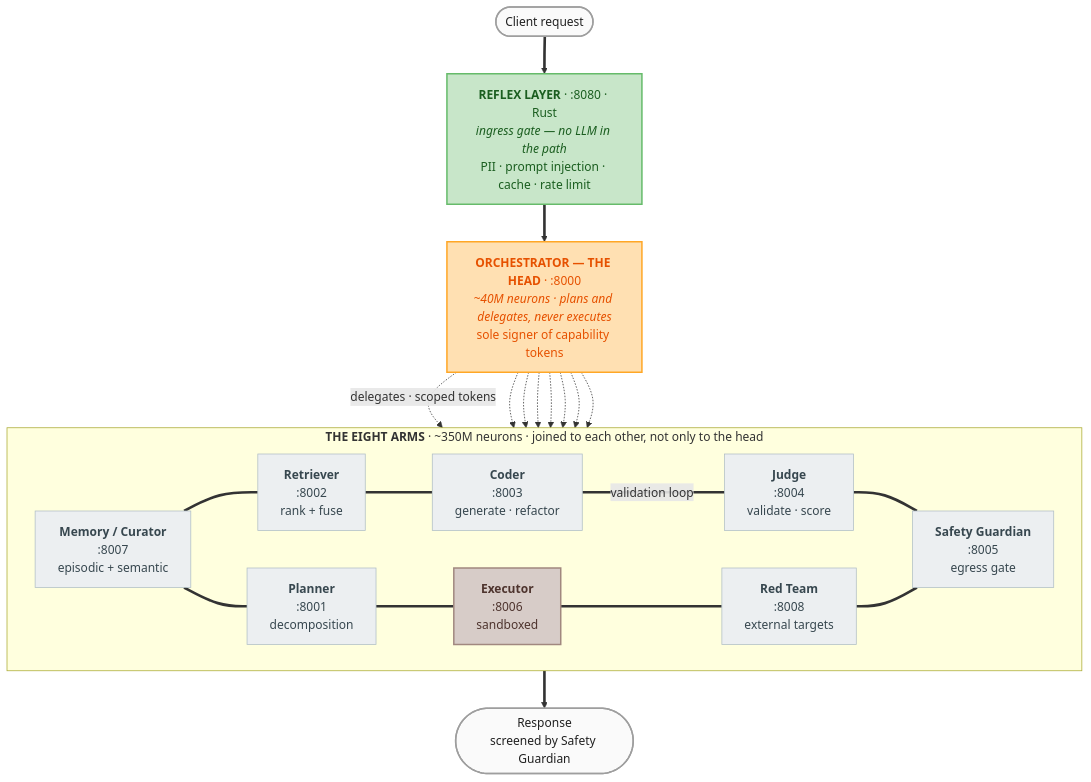
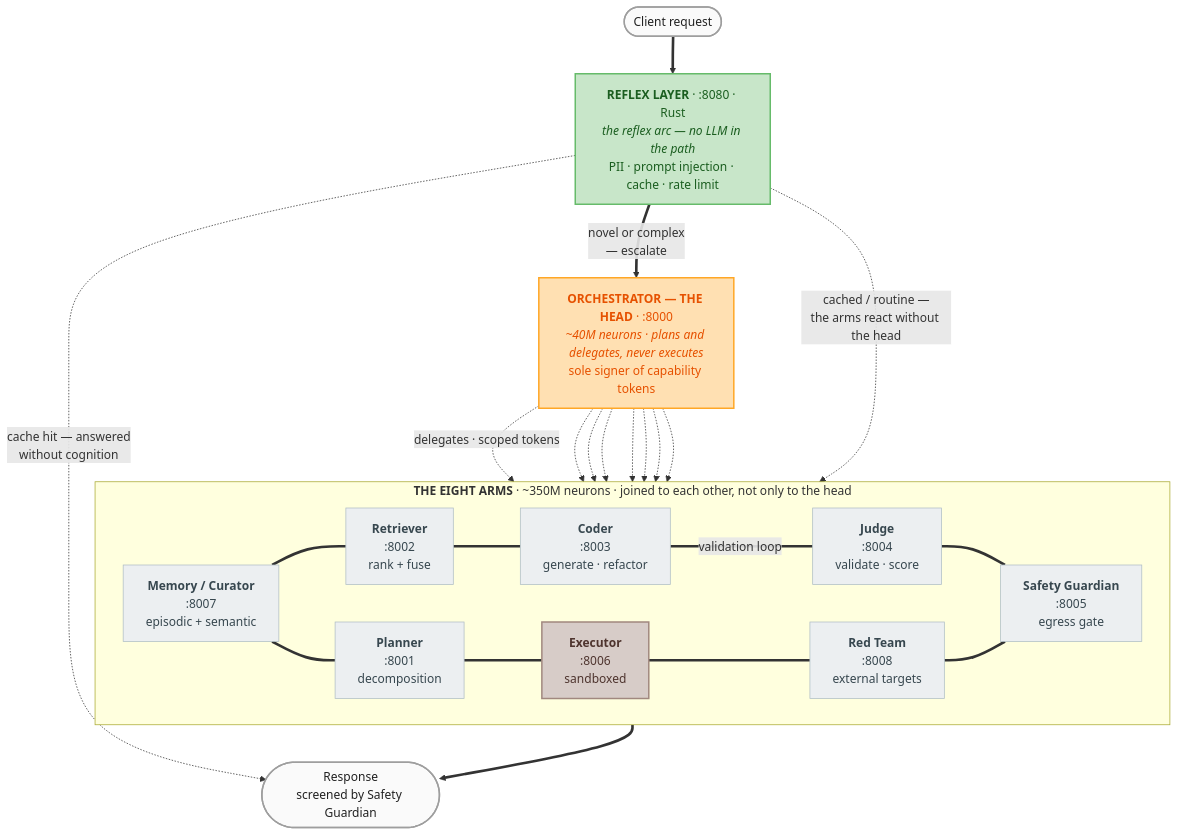
The diagram in README.md (doublegate/OctoLLM), drawn with Mermaid before and after one commit. The commit also changed other lines of this file, not shown here.

````diff
--- a/README.md
+++ b/README.md
@@ -39,44 +39,48 @@
 ```mermaid
 graph TB
     REQ([Client request]) ==> REF
-    REF["<b>REFLEX LAYER</b> · :8080 · Rust<br/><i>ingress gate — no LLM in the path</i><br/>PII · prompt injection · cache · rate limit"]
-    REF ==> BRAIN
+
+    REF["<b>REFLEX LAYER</b> · :8080 · Rust<br/><i>the reflex arc — no LLM in the path</i><br/>PII · prompt injection · cache · rate limit"]
+
+    REF ==> |"novel or complex<br/>— escalate"| BRAIN
+    REF -. "cached / routine —<br/>the arms react without the head" .-> RING
 
     BRAIN["<b>ORCHESTRATOR — THE HEAD</b> · :8000<br/><i>~40M neurons · plans and delegates, never executes</i><br/>sole signer of capability tokens"]
 
     BRAIN -. "delegates · scoped tokens" .-> MEM
     BRAIN -.-> RETR & CODE & JUDGE
     BRAIN -.-> PLAN & EXEC & RED & SAFE
 
     subgraph RING["<b>THE EIGHT ARMS</b> · ~350M neurons · joined to each other, not only to the head"]
         direction LR
         MEM["<b>Memory / Curator</b><br/>:8007<br/>episodic + semantic"]
         RETR["<b>Retriever</b><br/>:8002<br/>rank + fuse"]
         CODE["<b>Coder</b><br/>:8003<br/>generate · refactor"]
         JUDGE["<b>Judge</b><br/>:8004<br/>validate · score"]
         SAFE["<b>Safety Guardian</b><br/>:8005<br/>egress gate"]
         RED["<b>Red Team</b><br/>:8008<br/>external targets"]
         EXEC["<b>Executor</b><br/>:8006<br/>sandboxed"]
         PLAN["<b>Planner</b><br/>:8001<br/>decomposition"]
 
         MEM === PLAN === EXEC === RED
         MEM === RETR === CODE
         CODE == "validation loop" === JUDGE
         JUDGE === SAFE
         RED === SAFE
     end
 
     RING ==> RESP([Response<br/>screened by Safety Guardian])
+    REF -. "cache hit — answered<br/>without cognition" .-> RESP
 
     classDef live fill:#c8e6c9,stroke:#66bb6a,stroke-width:2px,color:#1b5e20
     classDef partial fill:#ffe0b2,stroke:#ffa726,stroke-width:2px,color:#e65100
     classDef stub fill:#d7ccc8,stroke:#a1887f,stroke-width:2px,color:#4e342e
     classDef todo fill:#eceff1,stroke:#b0bec5,stroke-width:1px,color:#37474f
     classDef io fill:#fafafa,stroke:#9e9e9e,stroke-width:2px,color:#212121
 
     class REF live
     class BRAIN partial
     class EXEC stub
     class MEM,PLAN,RETR,CODE,JUDGE,SAFE,RED todo
     class REQ,RESP io
 ```
````
